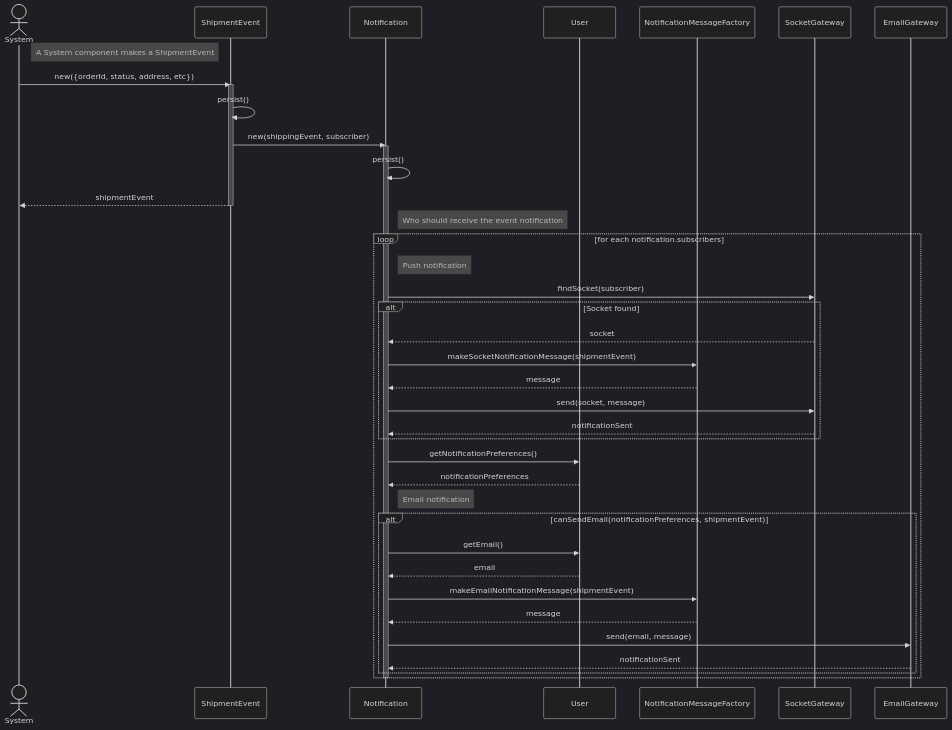
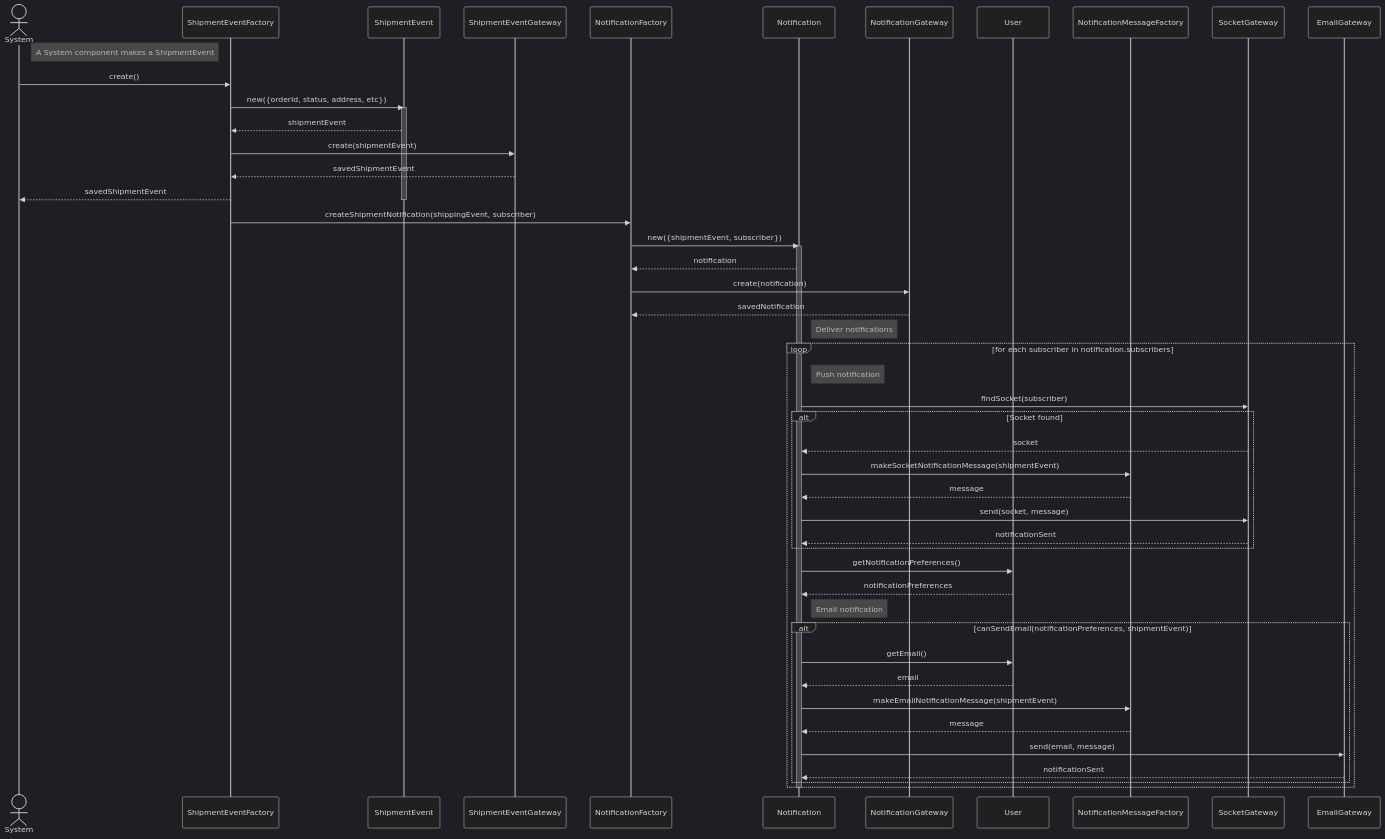
One commit to hivetown/planning changed diagram 17 of 32 in sequence.md. Above: the diagram before and after it, drawn with Mermaid (dark theme). The commit also changed other lines of this file, not shown here.

````diff
--- a/sequence.md
+++ b/sequence.md
@@ -557,54 +568,67 @@
 ```mermaid
 sequenceDiagram
     actor S as System
+    participant SEF as ShipmentEventFactory
     participant SE as ShipmentEvent
+    participant SEG as ShipmentEventGateway
+    participant NF as NotificationFactory
     participant N as Notification
+    participant NFG as NotificationGateway
     participant U as User
     participant NMF as NotificationMessageFactory
-    # TODO these socket and email gateways may implement the same interface and be considered different Notification Strategies
+    # SocketGateway is NOT a data table gateway. It is a facade to the socket server
     participant SG as SocketGateway
     participant EG as EmailGateway
 
     Note right of S: A System component makes a ShipmentEvent
-    S ->> SE: new({orderId, status, address, etc})
+    S ->> SEF: create()
+    SEF ->> SE: new({orderId, status, address, etc})
     activate SE
+    SE -->> SEF: shipmentEvent
 
-    SE ->> SE: persist()
-
-    SE ->> N: new(shippingEvent, subscriber)
-    activate N
-    N ->> N: persist()
-
-    SE -->> S: shipmentEvent
+    SEF ->> SEG: create(shipmentEvent)
+    SEG -->> SEF: savedShipmentEvent
+    SEF -->> S: savedShipmentEvent
     deactivate SE
 
-    Note right of N: Who should receive the event notification
+    # TODO confirmar que notificações são criadas doutras formas
+    SEF ->> NF: createShipmentNotification(shippingEvent, subscriber)
 
-    loop for each notification.subscribers
+    NF ->> N: new({shipmentEvent, subscriber})
+
+    activate N
+    N -->> NF: notification
+    
+    NF ->> NFG: create(notification)
+    NFG -->> NF: savedNotification
+    
+    Note right of N: Deliver notifications
+
+    loop for each subscriber in notification.subscribers
         Note right of N: Push notification
         N ->> SG: findSocket(subscriber)
         alt Socket found
             SG -->> N: socket
             N ->> NMF: makeSocketNotificationMessage(shipmentEvent) # entity, type, emitter, etc
             NMF -->> N: message
             N ->> SG: send(socket, message)
             SG -->> N: notificationSent
         end
 
         # TODO we will allow disabling types of notifications sent through email, so we must check we can send this type of notification
         N ->> U: getNotificationPreferences()
         U -->> N: notificationPreferences
 
         Note right of N: Email notification
         alt canSendEmail(notificationPreferences, shipmentEvent)
             N ->> U: getEmail()
             U -->> N: email
             N ->> NMF: makeEmailNotificationMessage(shipmentEvent)
             NMF -->> N: message
             N ->> EG: send(email, message)
             EG -->> N: notificationSent
         end
     end
 
     deactivate N
 ```
````
